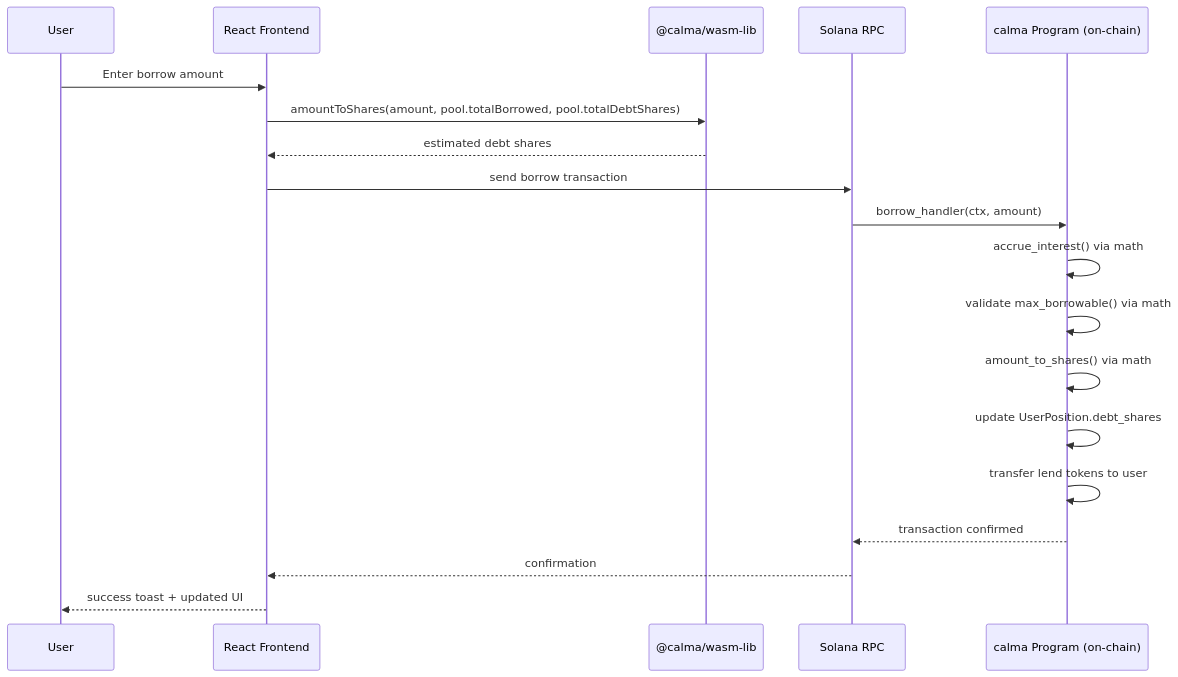
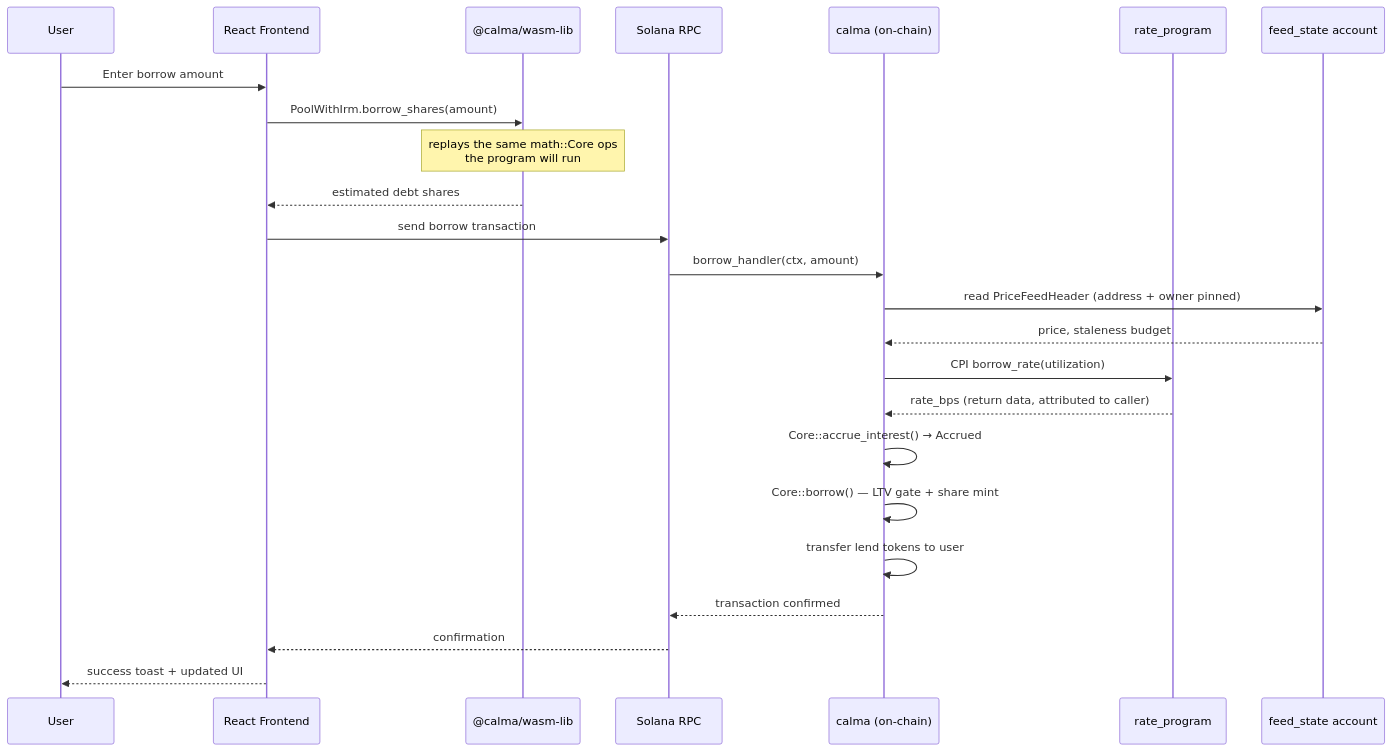
Before and after one commit to calma-labs/calma: the fourth of 8 diagrams in ARCHITECTURE.md, drawn with Mermaid. The commit also changed other lines of this file and 107 other files, not shown here.

````diff
--- a/ARCHITECTURE.md
+++ b/ARCHITECTURE.md
@@ -78,22 +147,27 @@
 ```mermaid
 sequenceDiagram
     participant User
     participant React as React Frontend
     participant WASM as @calma/wasm-lib
     participant RPC as Solana RPC
-    participant Program as calma Program (on-chain)
+    participant Program as calma (on-chain)
+    participant Rate as rate_program
+    participant Feed as feed_state account
 
     User->>React: Enter borrow amount
-    React->>WASM: amountToShares(amount, pool.totalBorrowed, pool.totalDebtShares)
+    React->>WASM: PoolWithIrm.borrow_shares(amount)
+    Note over WASM: replays the same math::Core ops<br/>the program will run
     WASM-->>React: estimated debt shares
     React->>RPC: send borrow transaction
     RPC->>Program: borrow_handler(ctx, amount)
-    Program->>Program: accrue_interest() via math
-    Program->>Program: validate max_borrowable() via math
-    Program->>Program: amount_to_shares() via math
-    Program->>Program: update UserPosition.debt_shares
+    Program->>Feed: read PriceFeedHeader (address + owner pinned)
+    Feed-->>Program: price, staleness budget
+    Program->>Rate: CPI borrow_rate(utilization)
+    Rate-->>Program: rate_bps (return data, attributed to caller)
+    Program->>Program: Core::accrue_interest() → Accrued
+    Program->>Program: Core::borrow() — LTV gate + share mint
     Program->>Program: transfer lend tokens to user
     Program-->>RPC: transaction confirmed
     RPC-->>React: confirmation
     React-->>User: success toast + updated UI
 ```
````
